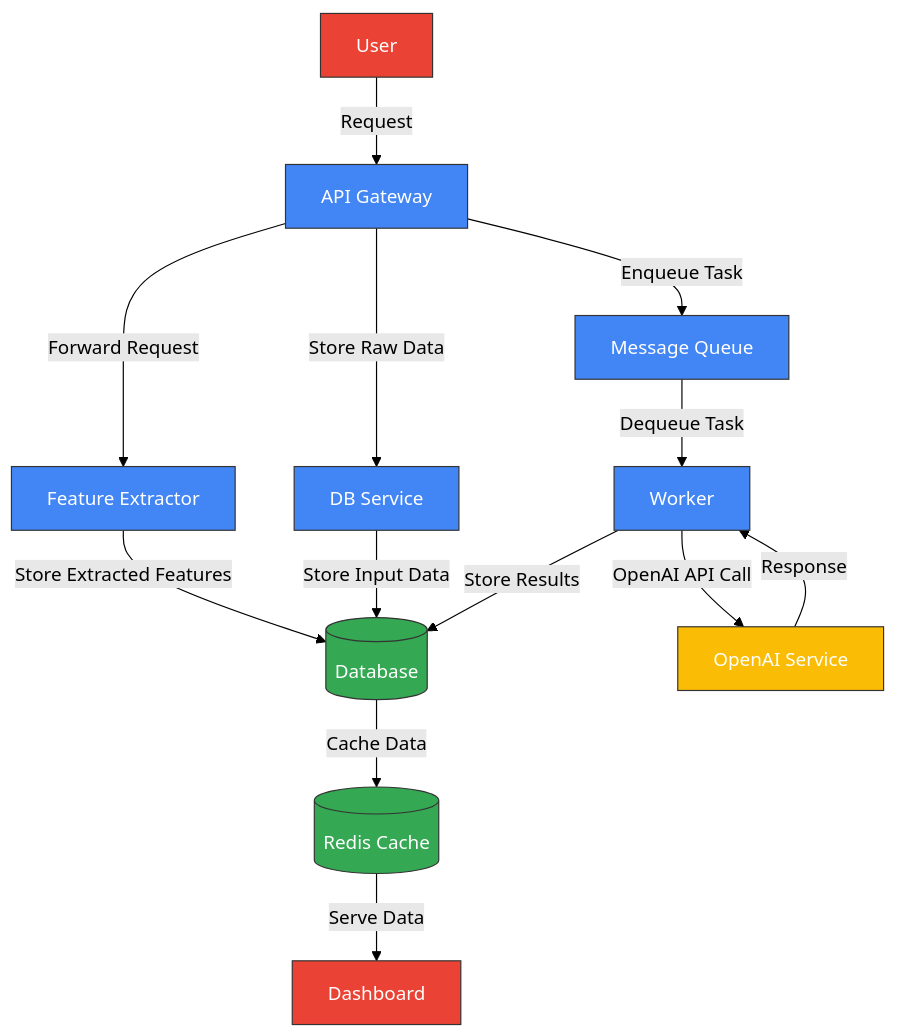
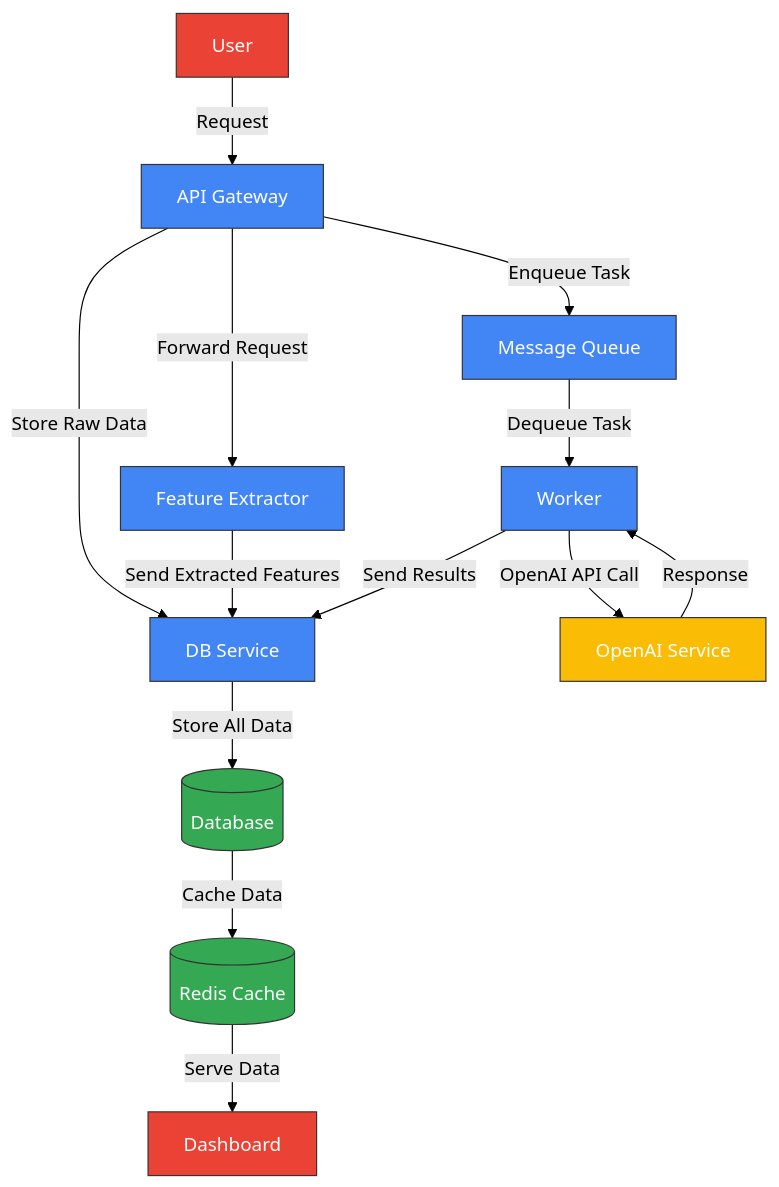
Before and after one commit to Ralo93/CustomerAnalyticsDashboard: the diagram in README.md, drawn with Mermaid (forest theme).

````diff
--- a/README.md
+++ b/README.md
@@ -76,37 +76,35 @@
 ```mermaid
-
 flowchart TD
     User[User] -->|Request| API[API Gateway]
     
     API -->|Forward Request| FE[Feature Extractor]
     API -->|Enqueue Task| MQ[Message Queue]
     API -->|Store Raw Data| DBS[DB Service]
     
-    FE -->|Store Extracted Features| DB[(Database)]
-    
-    DBS -->|Store Input Data| DB
+    FE -->|Send Extracted Features| DBS
     
     MQ -->|Dequeue Task| Worker[Worker]
     
     Worker -->|OpenAI API Call| OpenAI[OpenAI Service]
     OpenAI -->|Response| Worker
     
-    Worker -->|Store Results| DB
+    Worker -->|Send Results| DBS
+    
+    DBS -->|Store All Data| DB[(Database)]
     
     DB -->|Cache Data| Redis[(Redis Cache)]
     
     Redis -->|Serve Data| Dashboard[Dashboard]
     
     %% Styling
     classDef primary fill:#4285F4,stroke:#333,stroke-width:1px,color:white;
     classDef storage fill:#34A853,stroke:#333,stroke-width:1px,color:white;
     classDef external fill:#FBBC05,stroke:#333,stroke-width:1px,color:white;
     classDef user fill:#EA4335,stroke:#333,stroke-width:1px,color:white;
     
     class API,FE,Worker,MQ,DBS primary;
     class DB,Redis storage;
     class OpenAI external;
     class User,Dashboard user;
 
-
 ```
````
